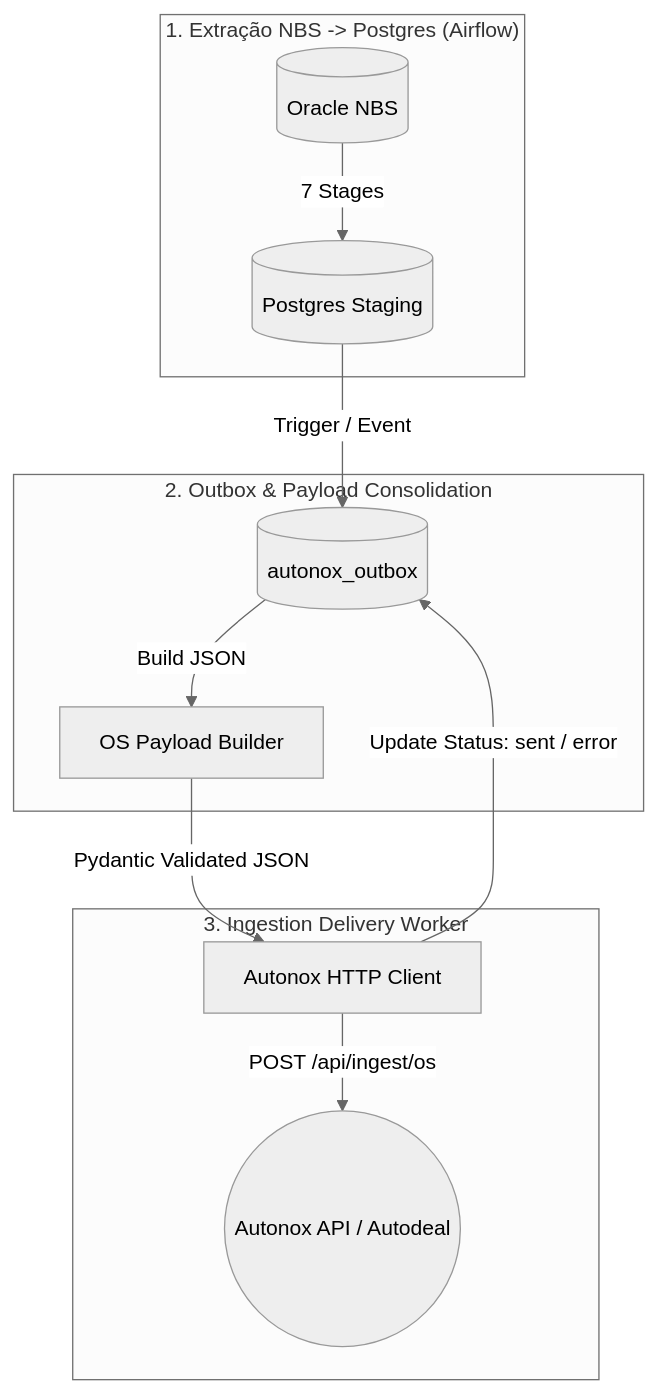
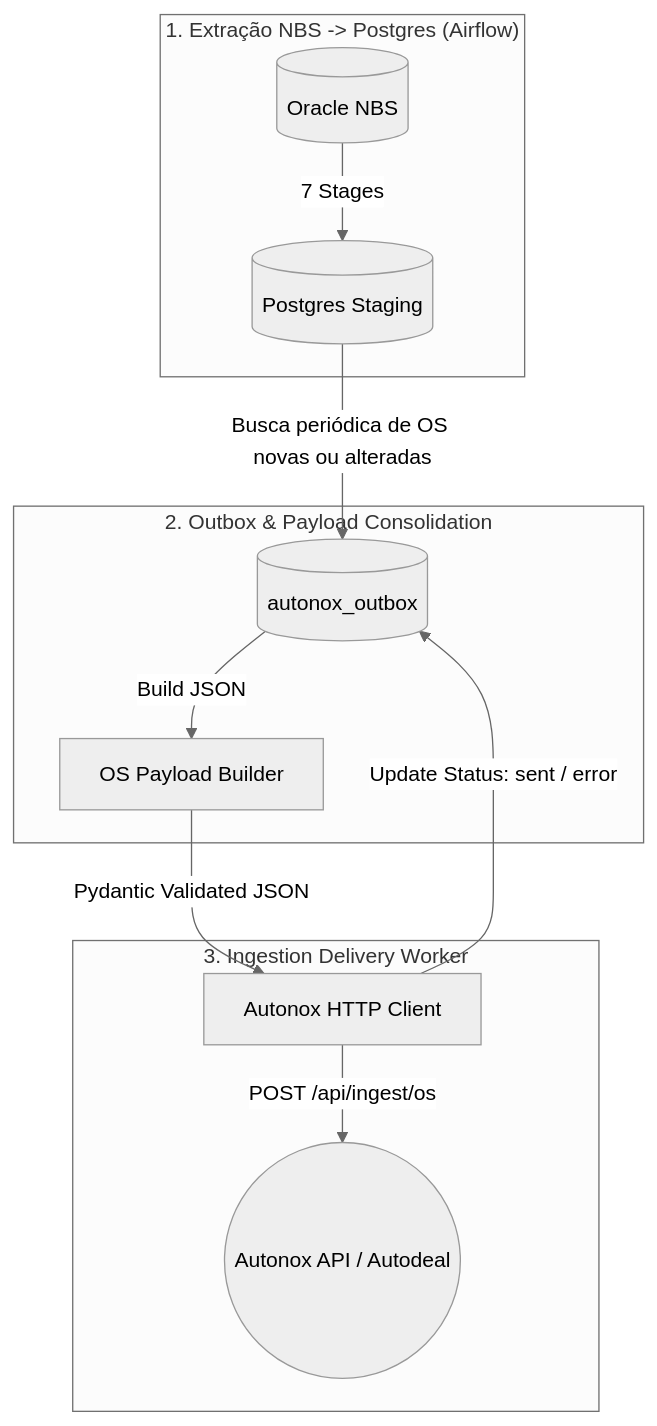
One commit to rnadomingos/sync_nbs_autodeal changed the diagram in docs/spdd/spdd_autonox_blueprint.md. Above: the diagram before and after it, drawn with Mermaid (neutral theme). The commit also changed other lines of this file and 1 other file, not shown here.

````diff
--- a/docs/spdd/spdd_autonox_blueprint.md
+++ b/docs/spdd/spdd_autonox_blueprint.md
@@ -42,17 +15,17 @@
 ```mermaid
 flowchart TD
     subgraph Staging ["1. Extração NBS -> Postgres (Airflow)"]
         NBS[(Oracle NBS)] -->|7 Stages| PG[(Postgres Staging)]
     end
 
     subgraph Outbox ["2. Outbox & Payload Consolidation"]
-        PG -->|Trigger / Event| OB[(autonox_outbox)]
+        PG -->|Busca periódica de OS novas ou alteradas| OB[(autonox_outbox)]
         OB -->|Build JSON| Builder[OS Payload Builder]
     end
 
     subgraph Delivery ["3. Ingestion Delivery Worker"]
         Builder -->|Pydantic Validated JSON| Client[Autonox HTTP Client]
         Client -->|POST /api/ingest/os| API((Autonox API / Autodeal))
         Client -->|Update Status: sent / error| OB
     end
 ```
````
